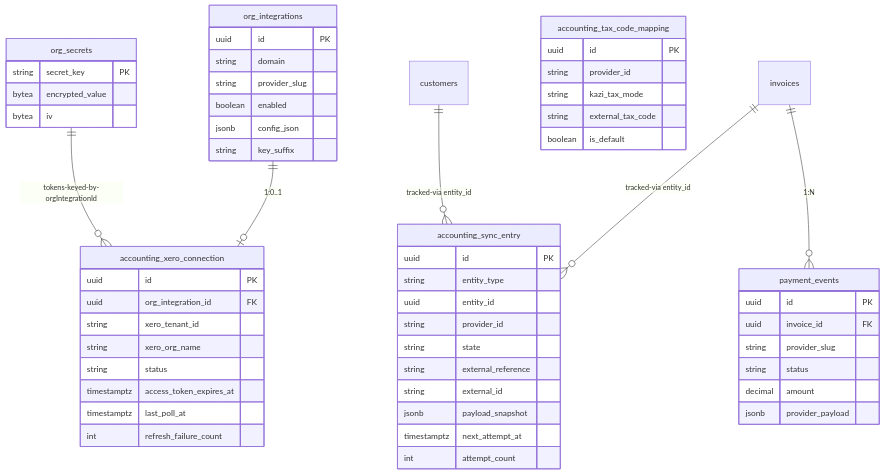
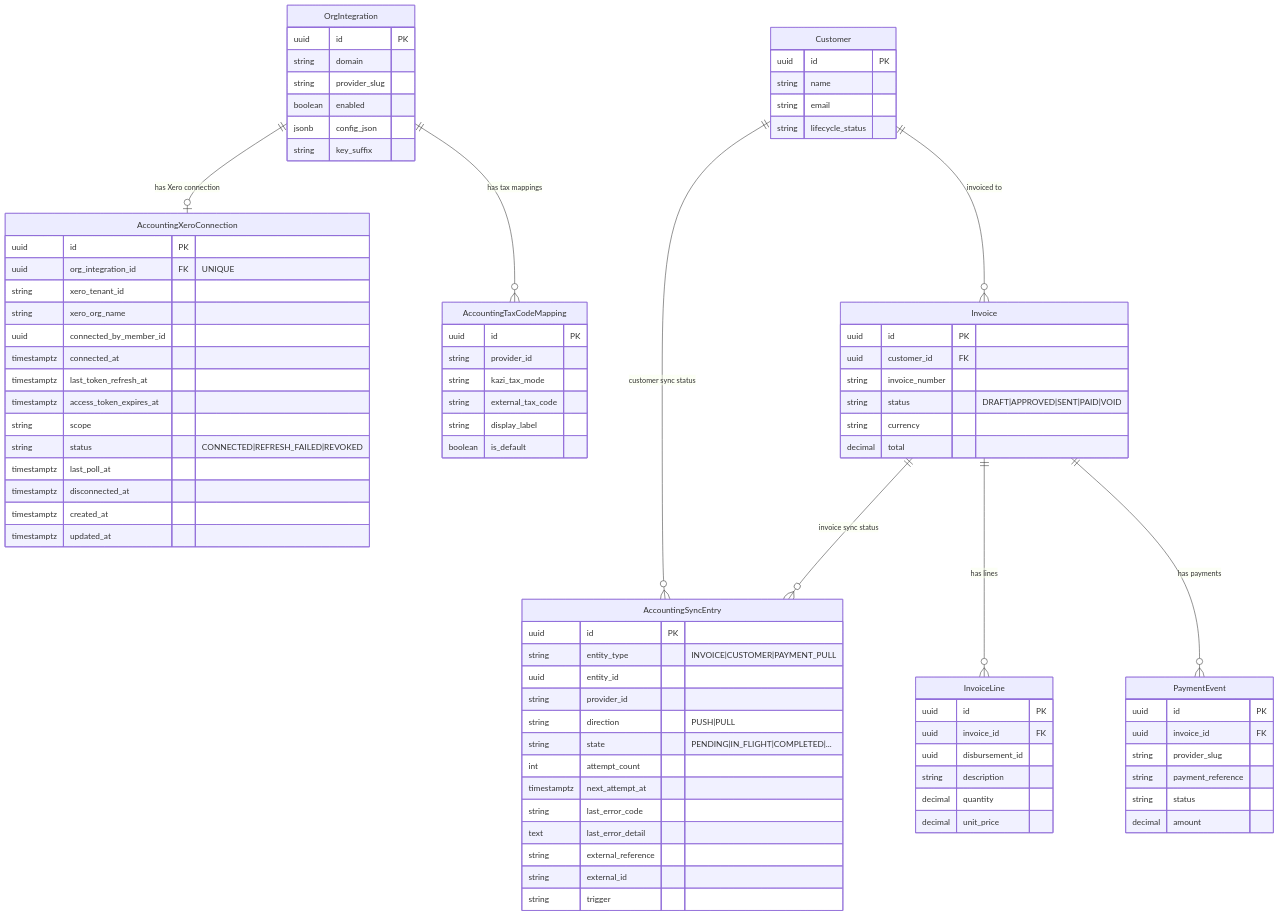
One commit to rakheen-dama/b2b-strawman changed the first of 5 diagrams in architecture/phase71-xero-accounting-integration.md. Above: the diagram before and after it, drawn with Mermaid. The commit also changed other lines of this file and 25 other files, not shown here.

Commit message:
architecture

````diff
--- a/architecture/phase71-xero-accounting-integration.md
+++ b/architecture/phase71-xero-accounting-integration.md
@@ -139,7 +142,14 @@
 ```mermaid
 erDiagram
-    org_integrations ||--o| accounting_xero_connection : "1:0..1"
-    org_integrations {
+    OrgIntegration ||--o| AccountingXeroConnection : "has Xero connection"
+    OrgIntegration ||--o{ AccountingTaxCodeMapping : "has tax mappings"
+    Invoice ||--o{ AccountingSyncEntry : "invoice sync status"
+    Invoice ||--o{ InvoiceLine : "has lines"
+    Invoice ||--o{ PaymentEvent : "has payments"
+    Customer ||--o{ AccountingSyncEntry : "customer sync status"
+    Customer ||--o{ Invoice : "invoiced to"
+
+    OrgIntegration {
         uuid id PK
         string domain
         string provider_slug
@@ -147,50 +157,80 @@
         jsonb config_json
         string key_suffix
     }
-    accounting_xero_connection {
+
+    AccountingXeroConnection {
         uuid id PK
-        uuid org_integration_id FK
+        uuid org_integration_id FK "UNIQUE"
         string xero_tenant_id
         string xero_org_name
-        string status
+        uuid connected_by_member_id
+        timestamptz connected_at
+        timestamptz last_token_refresh_at
         timestamptz access_token_expires_at
+        string scope
+        string status "CONNECTED|REFRESH_FAILED|REVOKED"
         timestamptz last_poll_at
-        int refresh_failure_count
+        timestamptz disconnected_at
+        timestamptz created_at
+        timestamptz updated_at
     }
-    invoices ||--o{ accounting_sync_entry : "tracked-via entity_id"
-    customers ||--o{ accounting_sync_entry : "tracked-via entity_id"
-    accounting_sync_entry {
+
+    AccountingSyncEntry {
         uuid id PK
-        string entity_type
+        string entity_type "INVOICE|CUSTOMER|PAYMENT_PULL"
         uuid entity_id
         string provider_id
-        string state
+        string direction "PUSH|PULL"
+        string state "PENDING|IN_FLIGHT|COMPLETED|..."
+        int attempt_count
+        timestamptz next_attempt_at
+        string last_error_code
+        text last_error_detail
         string external_reference
         string external_id
-        jsonb payload_snapshot
-        timestamptz next_attempt_at
-        int attempt_count
+        string trigger
     }
-    invoices ||--o{ payment_events : "1:N"
-    payment_events {
-        uuid id PK
-        uuid invoice_id FK
-        string provider_slug
-        string status
-        decimal amount
-        jsonb provider_payload
-    }
-    accounting_tax_code_mapping {
+
+    AccountingTaxCodeMapping {
         uuid id PK
         string provider_id
         string kazi_tax_mode
         string external_tax_code
+        string display_label
         boolean is_default
     }
-    org_secrets ||--o{ accounting_xero_connection : "tokens-keyed-by-orgIntegrationId"
-    org_secrets {
-        string secret_key PK
-        bytea encrypted_value
-        bytea iv
+
+    Invoice {
+        uuid id PK
+        uuid customer_id FK
+        string invoice_number
+        string status "DRAFT|APPROVED|SENT|PAID|VOID"
+        string currency
+        decimal total
+    }
+
+    InvoiceLine {
+        uuid id PK
+        uuid invoice_id FK
+        uuid disbursement_id
+        string description
+        decimal quantity
+        decimal unit_price
+    }
+
+    Customer {
+        uuid id PK
+        string name
+        string email
+        string lifecycle_status
+    }
+
+    PaymentEvent {
+        uuid id PK
+        uuid invoice_id FK
+        string provider_slug
+        string payment_reference
+        string status
+        decimal amount
     }
 ```
````
